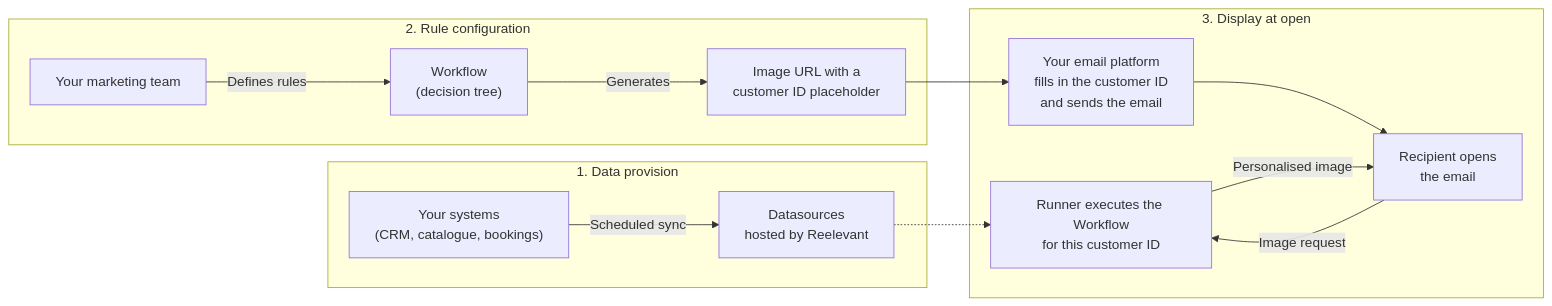
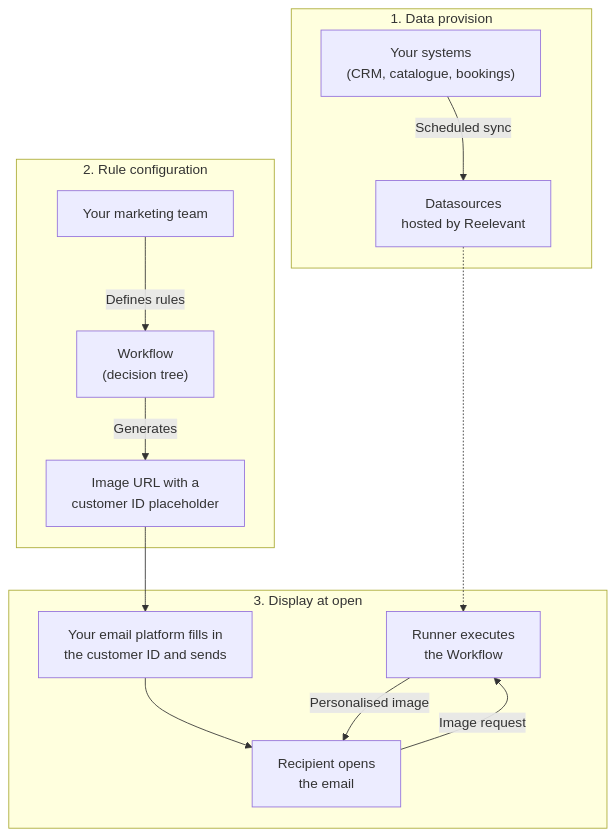
Before and after one commit to reelevant-tech/product-documentation: the first of 4 diagrams in why-reelevant/data-protection/overview.mdx, drawn with Mermaid. The commit also changed other lines of this file and 3 other files, not shown here.

Commit message:
docs(why-reelevant): make DPO diagrams vertical and shorten labels for readability

````diff
--- a/why-reelevant/data-protection/overview.mdx
+++ b/why-reelevant/data-protection/overview.mdx
@@ -21,17 +21,18 @@
 ```mermaid
-flowchart LR
+flowchart TB
     subgraph P1["1. Data provision"]
         CRM["Your systems<br/>(CRM, catalogue, bookings)"] -->|"Scheduled sync"| DS["Datasources<br/>hosted by Reelevant"]
     end
     subgraph P2["2. Rule configuration"]
         MKT["Your marketing team"] -->|"Defines rules"| WF["Workflow<br/>(decision tree)"]
         WF -->|"Generates"| URL["Image URL with a<br/>customer ID placeholder"]
     end
     subgraph P3["3. Display at open"]
-        ESP["Your email platform<br/>fills in the customer ID<br/>and sends the email"] --> OPEN["Recipient opens<br/>the email"]
-        OPEN -->|"Image request"| RUN["Runner executes the Workflow<br/>for this customer ID"]
+        ESP["Your email platform fills in<br/>the customer ID and sends"] --> OPEN["Recipient opens<br/>the email"]
+        OPEN -->|"Image request"| RUN["Runner executes<br/>the Workflow"]
         RUN -->|"Personalised image"| OPEN
     end
+    P1 ~~~ P2
     DS -.-> RUN
     URL --> ESP
 ```
````
